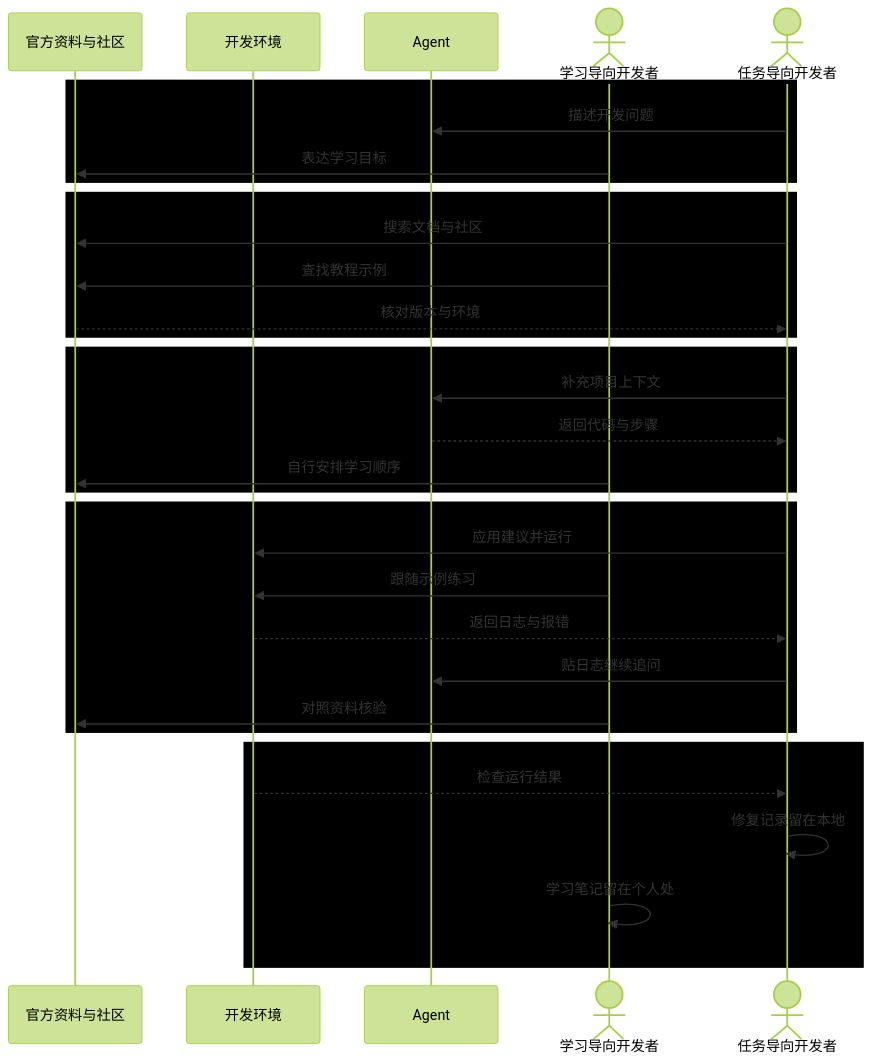
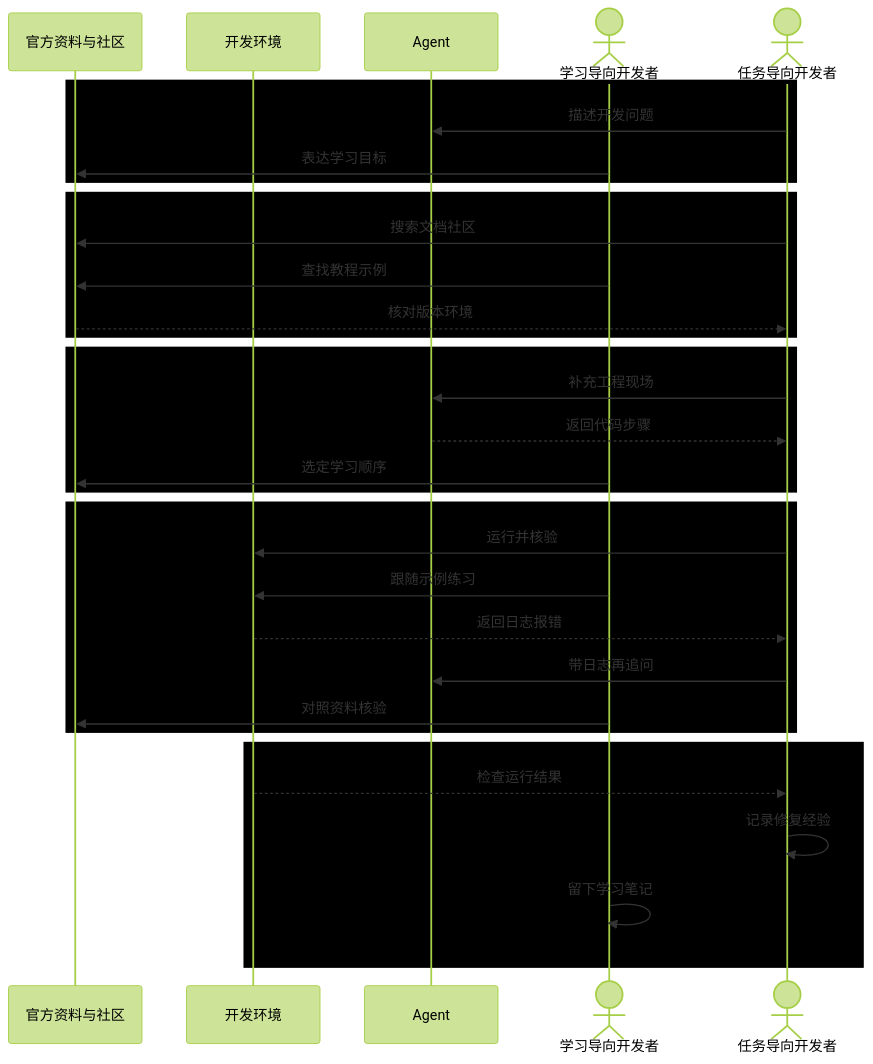
Before and after one commit to SchihHsin/AscendCANN: the diagram in cann-dashboard/ascend-studio-design-report-evidence/journey-sequence.mmd, drawn with Mermaid (forest theme). The commit also changed 6 other files, not shown here.

```diff
--- a/cann-dashboard/ascend-studio-design-report-evidence/journey-sequence.mmd
+++ b/cann-dashboard/ascend-studio-design-report-evidence/journey-sequence.mmd
@@ -1,37 +1,37 @@
 sequenceDiagram
     participant K as 官方资料与社区
     participant E as 开发环境
     participant A as Agent
     actor L as 学习导向开发者
     actor T as 任务导向开发者
 
     rect 01 认知起步
       T->>A: 描述开发问题
       L->>K: 表达学习目标
     end
 
     rect 02 查找与核对
-      T->>K: 搜索文档与社区
+      T->>K: 搜索文档社区
       L->>K: 查找教程示例
-      K-->>T: 核对版本与环境
+      K-->>T: 核对版本环境
     end
 
     rect 03 形成方向
-      T->>A: 补充项目上下文
-      A-->>T: 返回代码与步骤
-      L->>K: 自行安排学习顺序
+      T->>A: 补充工程现场
+      A-->>T: 返回代码步骤
+      L->>K: 选定学习顺序
     end
 
     rect 04 实践与理解
-      T->>E: 应用建议并运行
+      T->>E: 运行并核验
       L->>E: 跟随示例练习
-      E-->>T: 返回日志与报错
-      T->>A: 贴日志继续追问
+      E-->>T: 返回日志报错
+      T->>A: 带日志再追问
       L->>K: 对照资料核验
     end
 
     rect 05 经验沉淀
       E-->>T: 检查运行结果
-      T->>T: 修复记录留在本地
-      L->>L: 学习笔记留在个人处
+      T->>T: 记录修复经验
+      L->>L: 留下学习笔记
     end
```
